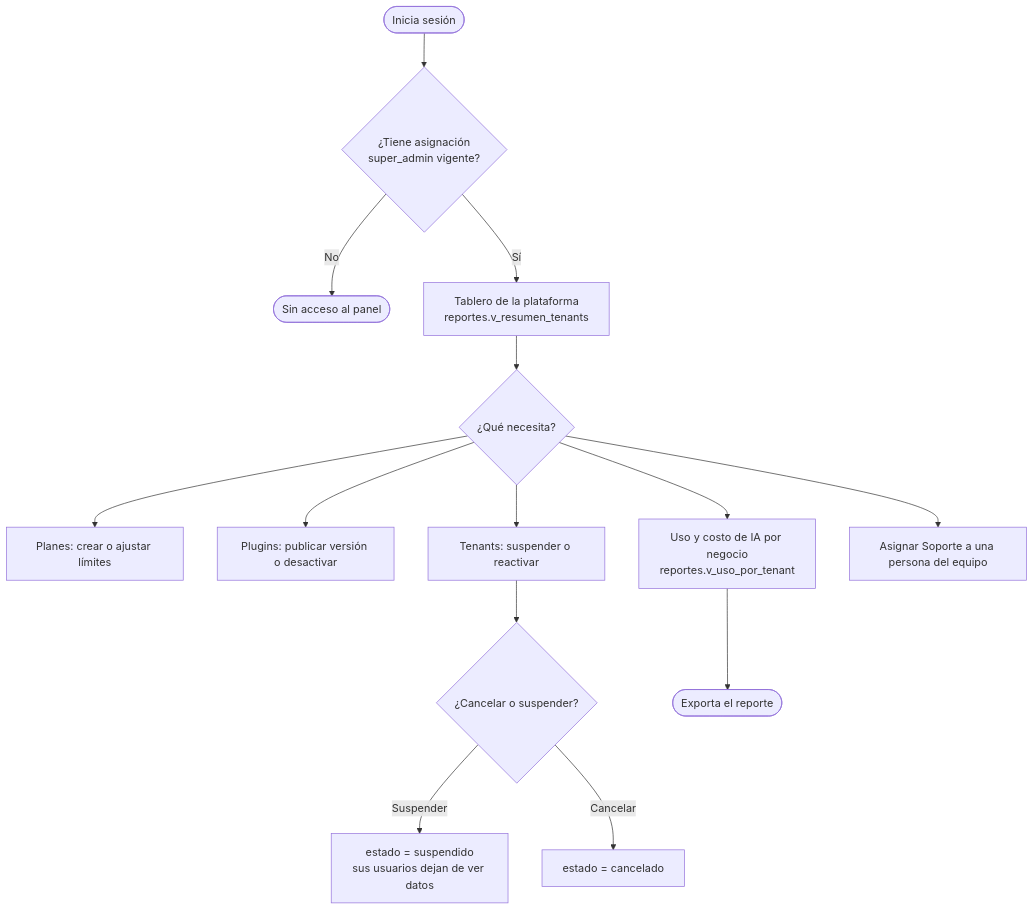
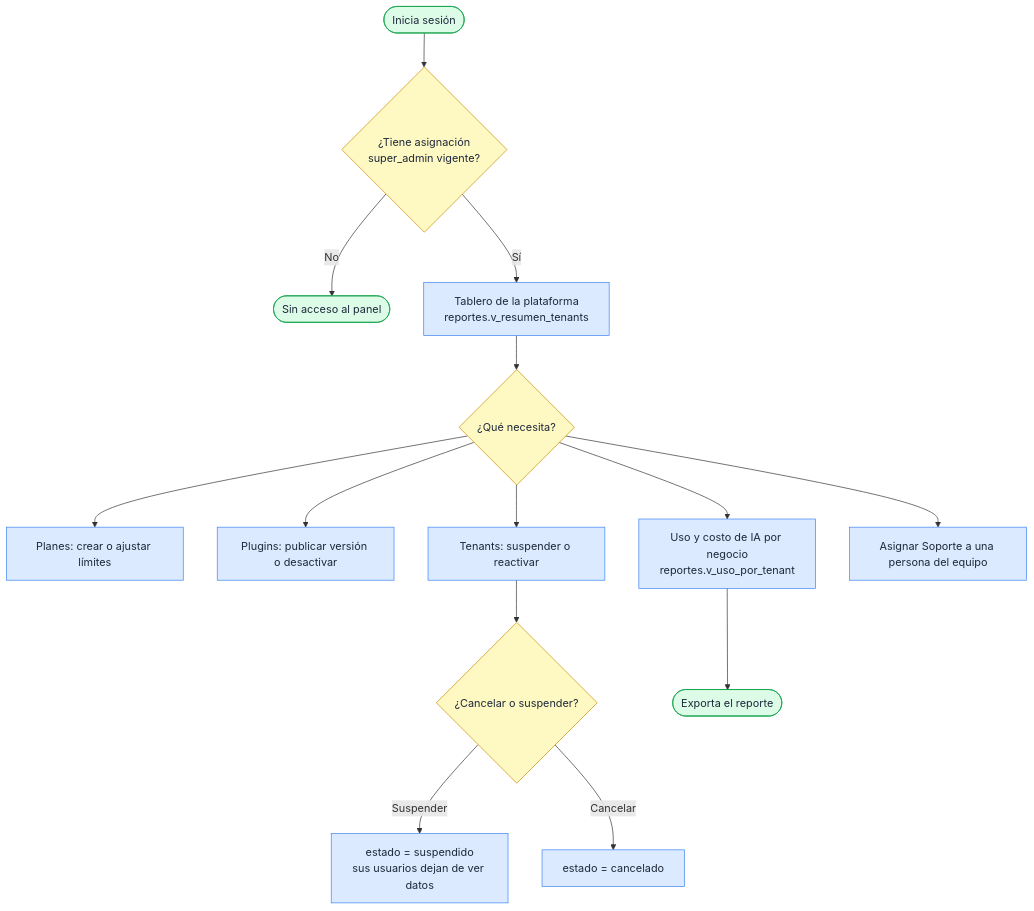
The first of 2 diagrams in docs/03_flujos_usuario/01_panel_plataforma.md (svzapatac/Elius), drawn with Mermaid before and after one commit. The commit also changed other lines of this file and 46 other files, not shown here.

````diff
--- a/docs/03_flujos_usuario/01_panel_plataforma.md
+++ b/docs/03_flujos_usuario/01_panel_plataforma.md
@@ -5,16 +5,21 @@
 ```mermaid
 flowchart TD
   A([Inicia sesión]) --> B{¿Tiene asignación<br/>super_admin vigente?}
   B -- No --> X([Sin acceso al panel])
   B -- Sí --> C[Tablero de la plataforma<br/>reportes.v_resumen_tenants]
   C --> D{¿Qué necesita?}
   D --> E[Planes: crear o ajustar límites]
   D --> F[Plugins: publicar versión o desactivar]
   D --> G[Tenants: suspender o reactivar]
   D --> H[Uso y costo de IA por negocio<br/>reportes.v_uso_por_tenant]
   D --> I[Asignar Soporte a una persona del equipo]
   G --> J{¿Cancelar o suspender?}
   J -- Suspender --> K[estado = suspendido<br/>sus usuarios dejan de ver datos]
   J -- Cancelar --> L[estado = cancelado]
   H --> M([Exporta el reporte])
+  classDef default fill:#dbeafe,stroke:#3b82f6,color:#1e293b
+  classDef dec fill:#fef9c3,stroke:#ca8a04,color:#1e293b
+  classDef ok fill:#dcfce7,stroke:#16a34a,color:#1e293b
+  class B,D,J dec
+  class A,M,X ok
 ```
````
